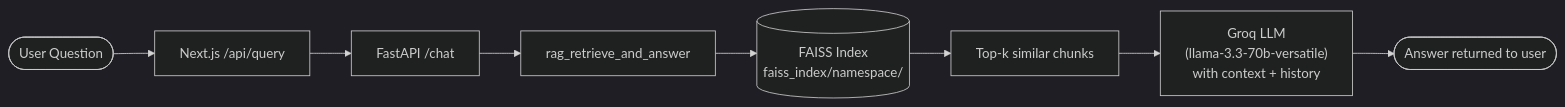
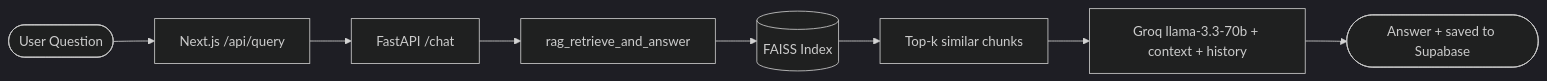
One commit to Likithsatya192/Multi-Model-AI-Agent-for-Health-Diagnostics changed the second of 2 diagrams in README.md. Above: the diagram before and after it, drawn with Mermaid (dark theme). The commit also changed other lines of this file and 17 other files, not shown here.

````diff
--- a/README.md
+++ b/README.md
@@ -92,10 +120,10 @@
 ```mermaid
 flowchart LR
     U([User Question]) --> Q[Next.js /api/query]
     Q --> F[FastAPI /chat]
     F --> R[rag_retrieve_and_answer]
-    R --> V[(FAISS Index\nfaiss_index/namespace/)]
+    R --> V[(FAISS Index)]
     V --> E[Top-k similar chunks]
-    E --> L["Groq LLM\n(llama-3.3-70b-versatile)\nwith context + history"]
-    L --> A([Answer returned to user])
+    E --> L[Groq llama-3.3-70b + context + history]
+    L --> A([Answer + saved to Supabase])
 ```
````
